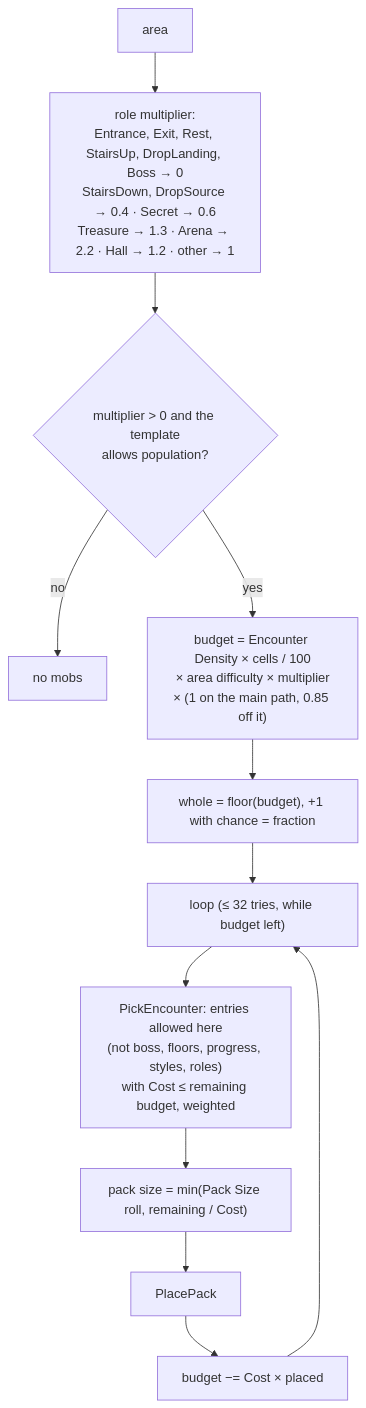
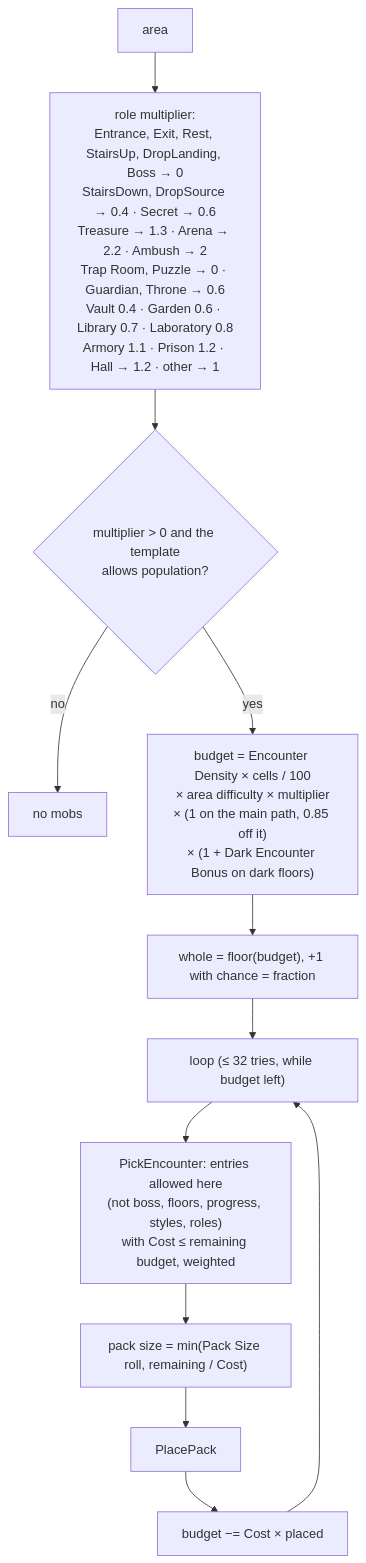
One commit to Kaynan-Jamelaumn/SimpleMovementsUnityPackage changed the third of 6 diagrams in Documentation/Dungeon/08-Population.md. Above: the diagram before and after it, drawn with Mermaid. The commit also changed other lines of this file and 161 other files, not shown here.

````diff
--- a/Documentation/Dungeon/08-Population.md
+++ b/Documentation/Dungeon/08-Population.md
@@ -69,14 +77,14 @@
 ```mermaid
 flowchart TD
-    A["area"] --> B["role multiplier:<br/>Entrance, Exit, Rest, StairsUp, DropLanding, Boss → 0<br/>StairsDown, DropSource → 0.4 · Secret → 0.6<br/>Treasure → 1.3 · Arena → 2.2 · Hall → 1.2 · other → 1"]
+    A["area"] --> B["role multiplier:<br/>Entrance, Exit, Rest, StairsUp, DropLanding, Boss → 0<br/>StairsDown, DropSource → 0.4 · Secret → 0.6<br/>Treasure → 1.3 · Arena → 2.2 · Ambush → 2<br/>Trap Room, Puzzle → 0 · Guardian, Throne → 0.6<br/>Vault 0.4 · Garden 0.6 · Library 0.7 · Laboratory 0.8<br/>Armory 1.1 · Prison 1.2 · Hall → 1.2 · other → 1"]
     B --> C{"multiplier > 0 and the template<br/>allows population?"}
     C -- no --> X["no mobs"]
-    C -- yes --> D["budget = Encounter Density × cells / 100<br/>× area difficulty × multiplier<br/>× (1 on the main path, 0.85 off it)"]
+    C -- yes --> D["budget = Encounter Density × cells / 100<br/>× area difficulty × multiplier<br/>× (1 on the main path, 0.85 off it)<br/>× (1 + Dark Encounter Bonus on dark floors)"]
     D --> E["whole = floor(budget), +1 with chance = fraction"]
     E --> F["loop (≤ 32 tries, while budget left)"]
     F --> G["PickEncounter: entries allowed here<br/>(not boss, floors, progress, styles, roles)<br/>with Cost ≤ remaining budget, weighted"]
     G --> H["pack size = min(Pack Size roll, remaining / Cost)"]
     H --> I["PlacePack"]
     I --> J["budget −= Cost × placed"]
     J --> F
 ```
````
